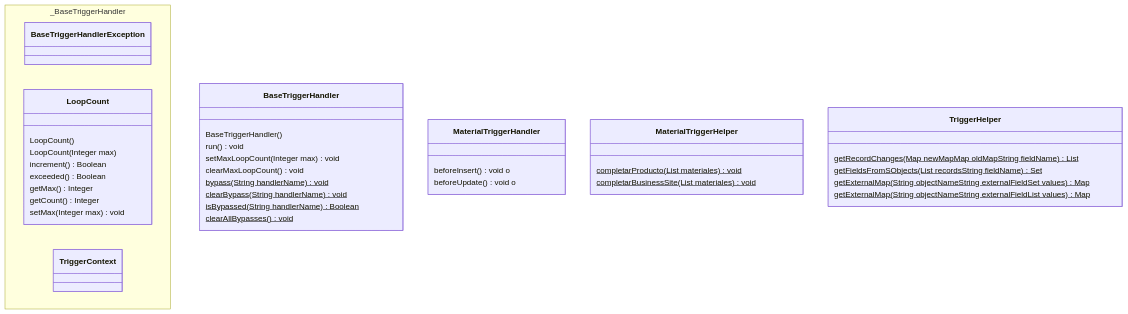
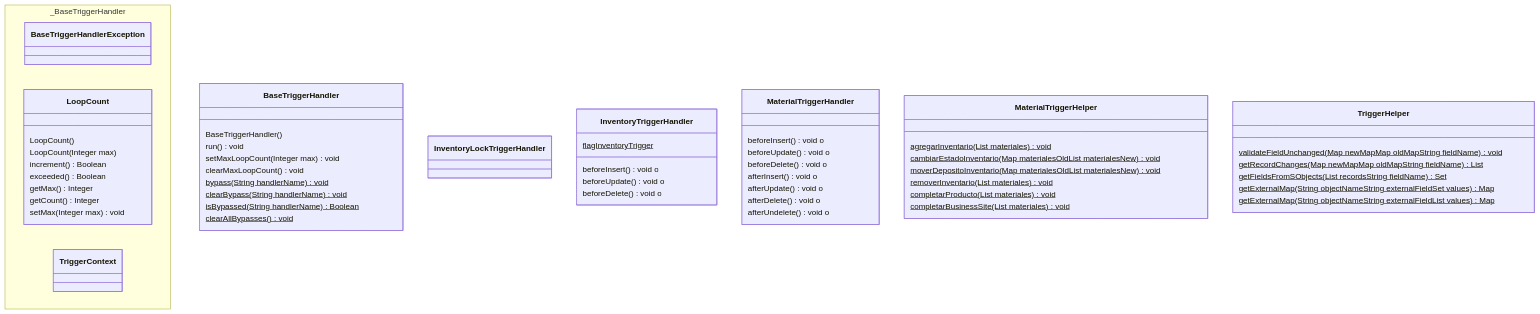
One commit to sebastianclaros/stockventa changed the second of 2 diagrams in docs/intro.md. Above: the diagram before and after it, drawn with Mermaid. The commit also changed other lines of this file and 15 other files, not shown here.

```diff
--- a/docs/intro.md
+++ b/docs/intro.md
@@ -83,6 +95,24 @@
     link BaseTriggerHandlerException "./diccionarios/classes/BaseTriggerHandlerException" 
 
 
+    class InventoryLockTriggerHandler {
+
+    }
+
+    link InventoryLockTriggerHandler "./diccionarios/classes/InventoryLockTriggerHandler" 
+
+
+    class InventoryTriggerHandler {
+         flagInventoryTrigger $    
+         beforeInsert() void o
+         beforeUpdate() void o
+         beforeDelete() void o
+
+    }
+
+    link InventoryTriggerHandler "./diccionarios/classes/InventoryTriggerHandler" 
+
+
     class LoopCount {
      LoopCount()  
      LoopCount(Integer max)  
@@ -100,6 +130,11 @@
     class MaterialTriggerHandler {
          beforeInsert() void o
          beforeUpdate() void o
+         beforeDelete() void o
+         afterInsert() void o
+         afterUpdate() void o
+         afterDelete() void o
+         afterUndelete() void o
 
     }
 
@@ -107,6 +142,10 @@
 
 
     class MaterialTriggerHelper {
+         agregarInventario(List materiales) void $
+         cambiarEstadoInventario(Map materialesOldList materialesNew) void $
+         moverDepositoInventario(Map materialesOldList materialesNew) void $
+         removerInventario(List materiales) void $
          completarProducto(List materiales) void $
          completarBusinessSite(List materiales) void $
 
@@ -123,6 +162,7 @@
 
 
     class TriggerHelper {
+         validateFieldUnchanged(Map newMapMap oldMapString fieldName) void $
          getRecordChanges(Map newMapMap oldMapString fieldName) List $
          getFieldsFromSObjects(List recordsString fieldName) Set $
          getExternalMap(String objectNameString externalFieldSet values) Map $
```
